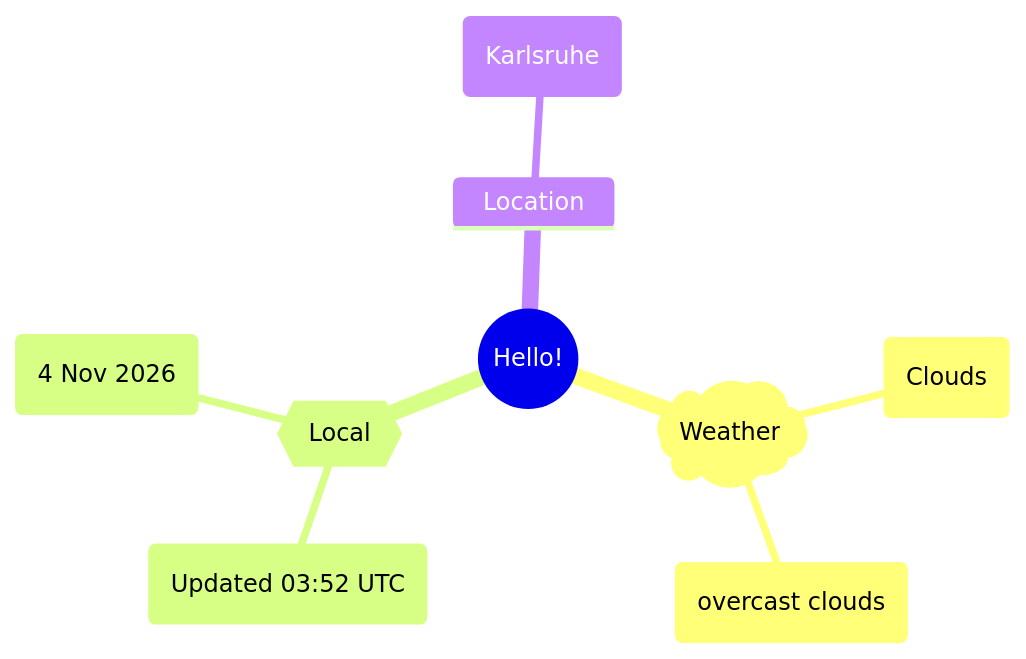
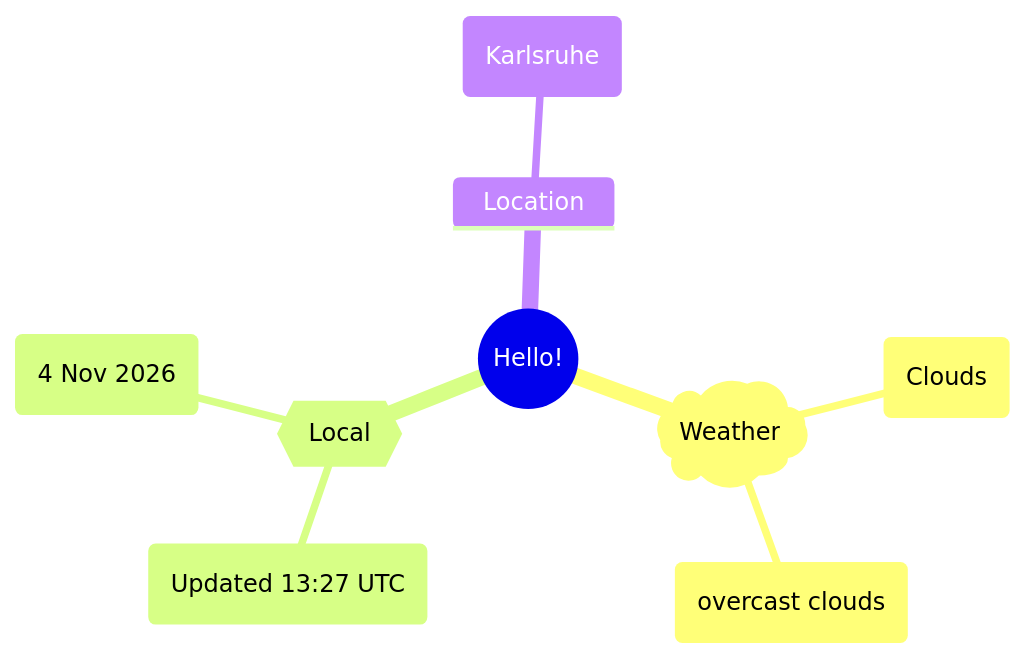
The first of 2 diagrams in README.md (Xosrov/Xosrov), drawn with Mermaid before and after one commit.

Commit message:
[bot] updated images

````diff
--- a/README.md
+++ b/README.md
@@ -3,12 +3,12 @@
 ```mermaid
 mindmap
   root((Hello!))
     )Weather(
         (Clouds)
         (overcast clouds)
     {{Local}}
-        (Updated 03:52 UTC)
+        (Updated 13:27 UTC)
         (4 Nov 2026)
     Location
         (Karlsruhe)
 ```
````
